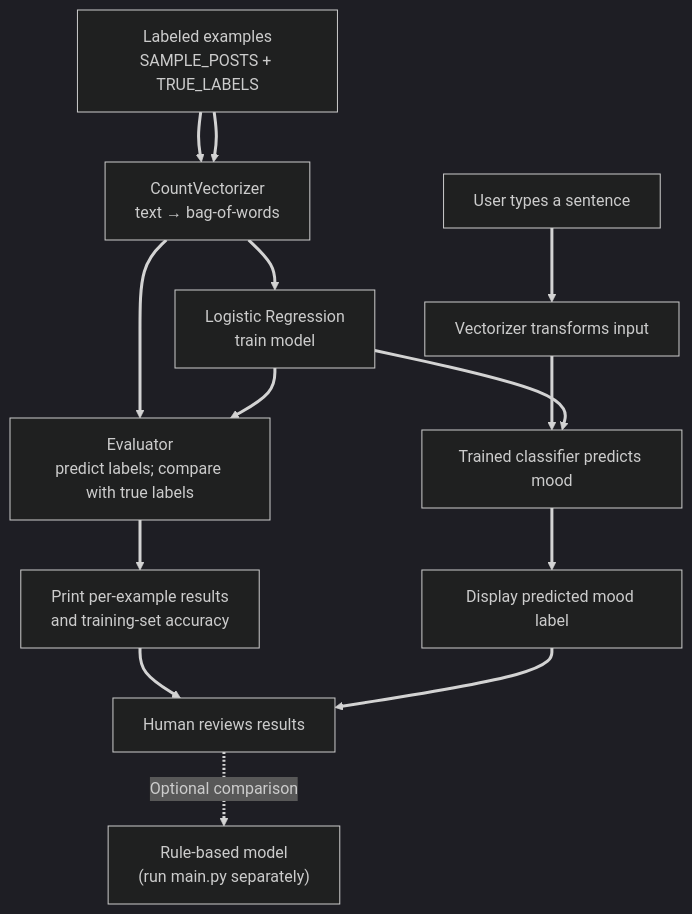
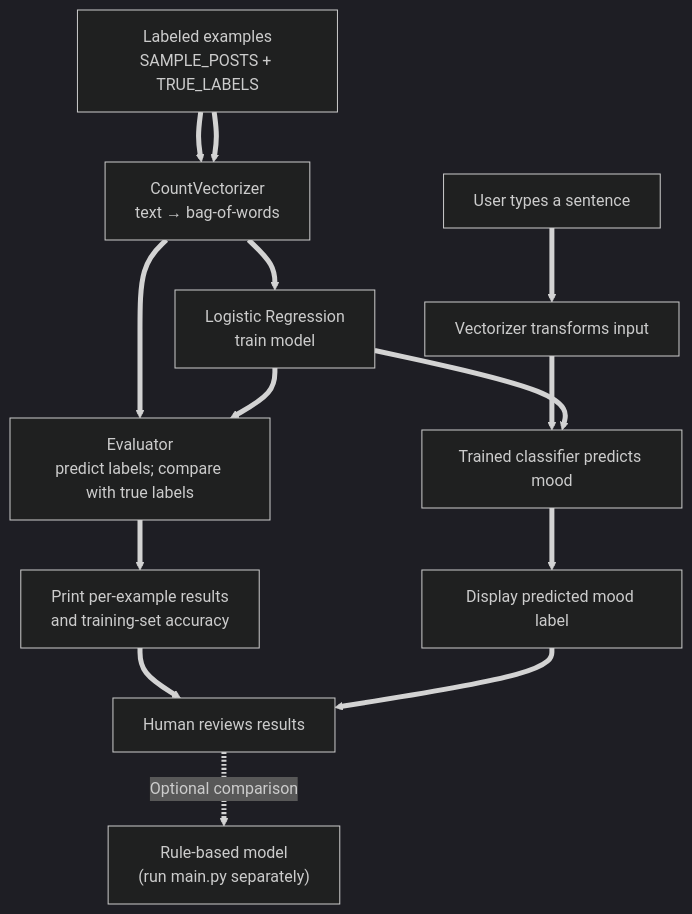
Before and after one commit to jtoalu/applied-ai-system-project: the diagram in diagrams/architecture.mmd, drawn with Mermaid (dark theme).

Commit message:
make the arrow lines bigger

```diff
--- a/diagrams/architecture.mmd
+++ b/diagrams/architecture.mmd
@@ -1,18 +1,18 @@
 flowchart TD
     D["Labeled examples<br/>SAMPLE_POSTS + TRUE_LABELS"] --> V["CountVectorizer<br/>text → bag-of-words"]
     V --> LR["Logistic Regression<br/>train model"]
     D --> V
     V --> EV["Evaluator<br/>predict labels; compare with true labels"]
     LR --> EV
     EV --> MET["Print per-example results<br/>and training-set accuracy"]
     MET --> H["Human reviews results"]
 
     U["User types a sentence"] --> P["Vectorizer transforms input"]
     P --> C["Trained classifier predicts mood"]
     LR --> C
     C --> O["Display predicted mood label"]
     O --> H
 
     H -. "Optional comparison" .-> RB["Rule-based model<br/>(run main.py separately)"]
 
-    linkStyle default stroke-width:3px
+    linkStyle default stroke-width:5px
```
